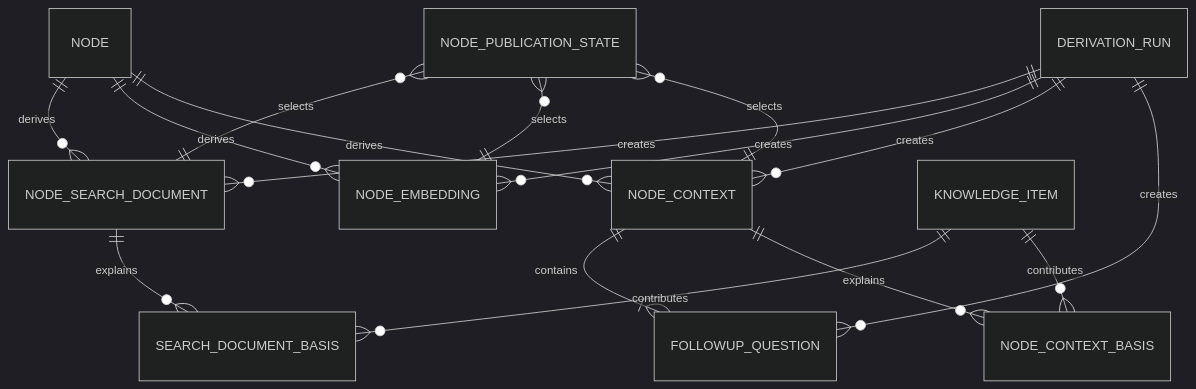
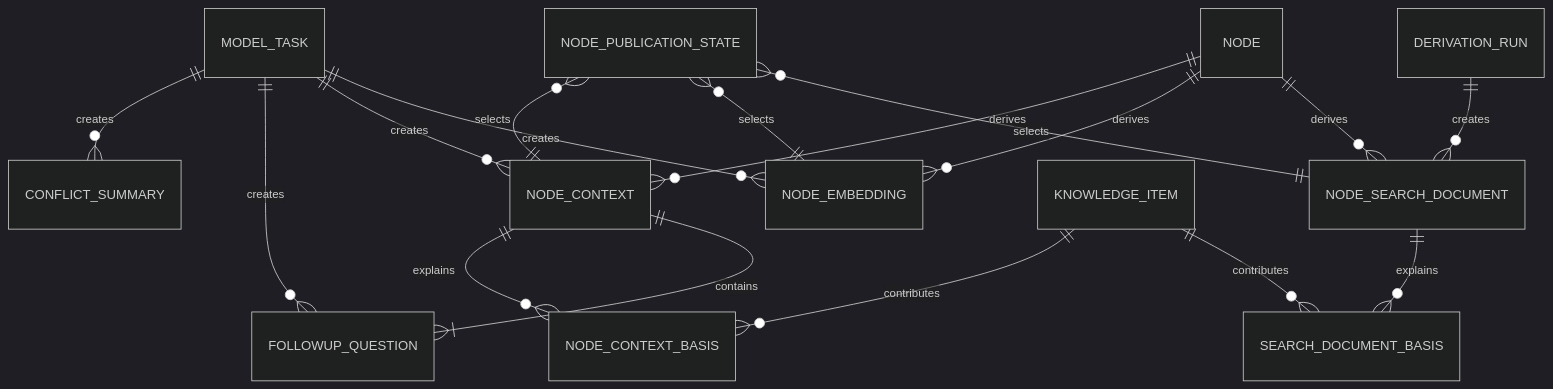
The eighth of 8 diagrams in logical-data-schema.md (studylida/ontology-map), drawn with Mermaid (dark theme) before and after one commit. The commit also changed other lines of this file, not shown here.

````diff
--- a/logical-data-schema.md
+++ b/logical-data-schema.md
@@ -205,18 +210,19 @@
 ```mermaid
 erDiagram
     NODE ||--o{ NODE_SEARCH_DOCUMENT : derives
     NODE ||--o{ NODE_EMBEDDING : derives
     NODE ||--o{ NODE_CONTEXT : derives
     NODE_CONTEXT ||--|{ FOLLOWUP_QUESTION : contains
     DERIVATION_RUN ||--o{ NODE_SEARCH_DOCUMENT : creates
-    DERIVATION_RUN ||--o{ NODE_EMBEDDING : creates
-    DERIVATION_RUN ||--o{ NODE_CONTEXT : creates
-    DERIVATION_RUN ||--o{ FOLLOWUP_QUESTION : creates
+    MODEL_TASK ||--o{ NODE_EMBEDDING : creates
+    MODEL_TASK ||--o{ NODE_CONTEXT : creates
+    MODEL_TASK ||--o{ FOLLOWUP_QUESTION : creates
+    MODEL_TASK ||--o{ CONFLICT_SUMMARY : creates
     NODE_SEARCH_DOCUMENT ||--o{ SEARCH_DOCUMENT_BASIS : explains
     KNOWLEDGE_ITEM ||--o{ SEARCH_DOCUMENT_BASIS : contributes
     NODE_CONTEXT ||--o{ NODE_CONTEXT_BASIS : explains
     KNOWLEDGE_ITEM ||--o{ NODE_CONTEXT_BASIS : contributes
     NODE_PUBLICATION_STATE }o--|| NODE_SEARCH_DOCUMENT : selects
     NODE_PUBLICATION_STATE }o--|| NODE_EMBEDDING : selects
     NODE_PUBLICATION_STATE }o--|| NODE_CONTEXT : selects
 ```
````
